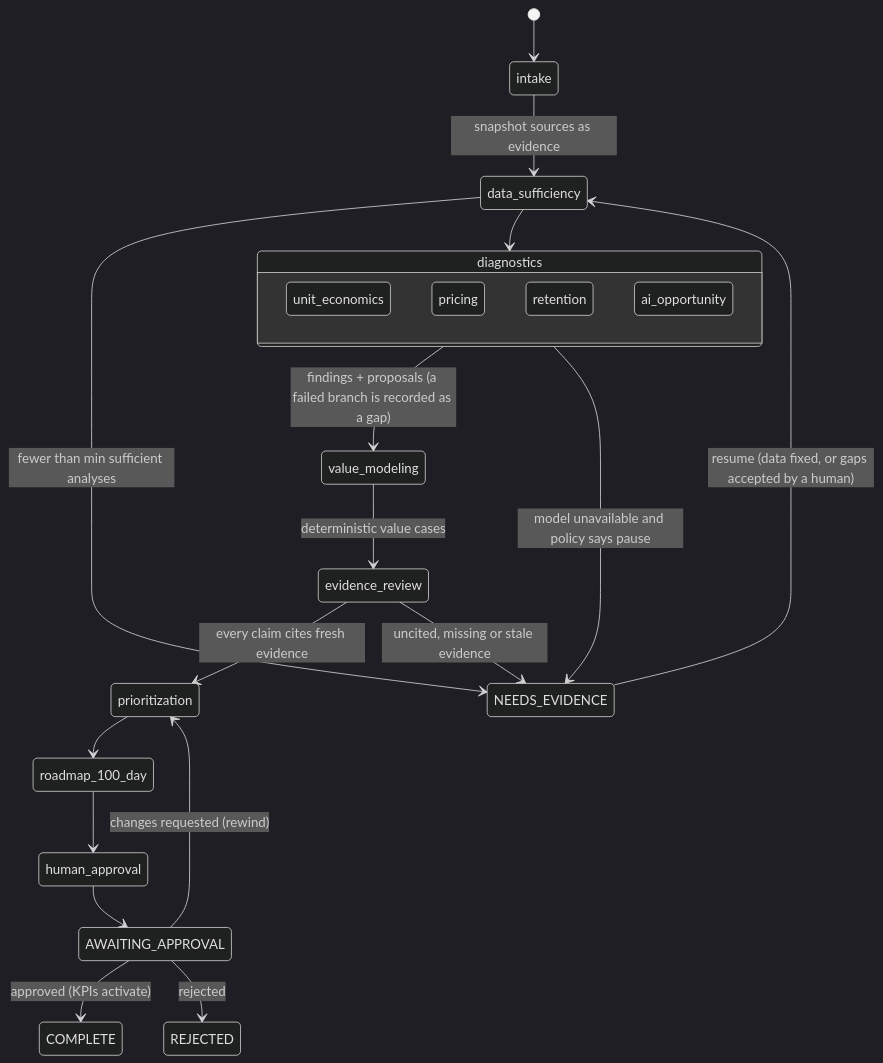
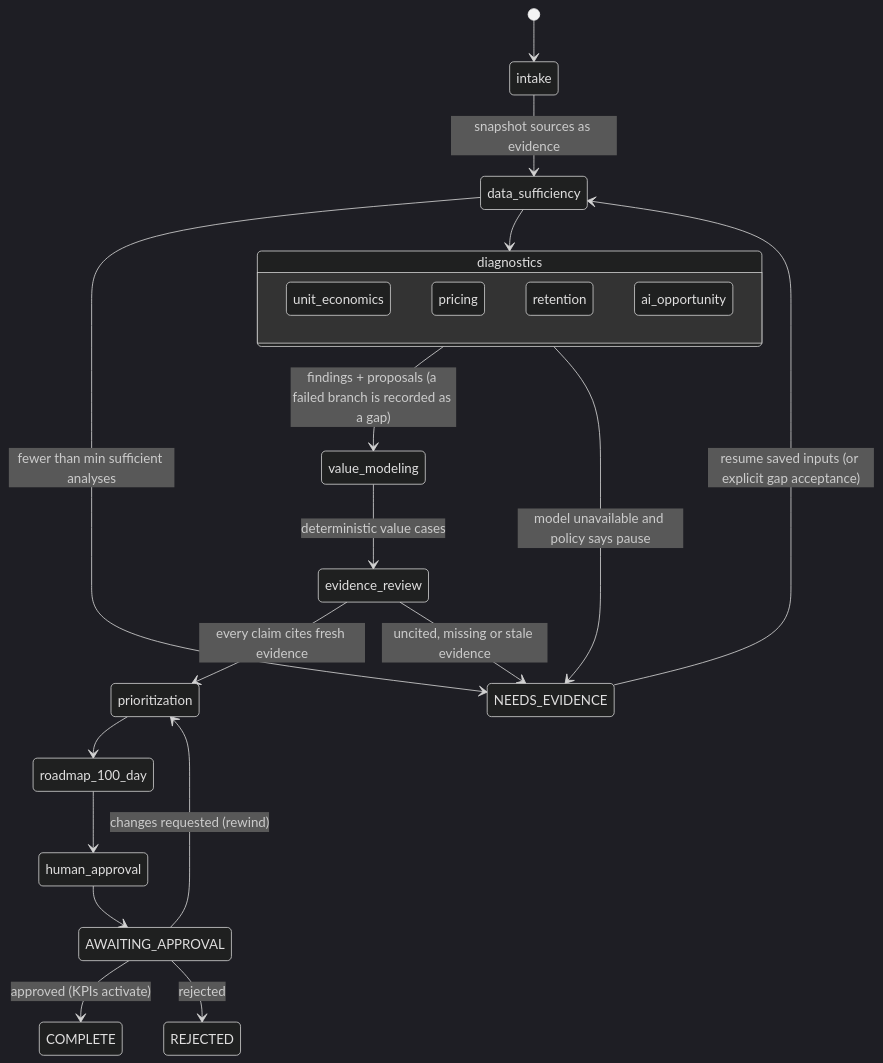
Before and after one commit to ahines99/pe-value-creation-os: the second of 2 diagrams in docs/architecture.md, drawn with Mermaid (dark theme). The commit also changed other lines of this file and 148 other files, not shown here.

````diff
--- a/docs/architecture.md
+++ b/docs/architecture.md
@@ -68,25 +68,25 @@
 ```mermaid
 stateDiagram-v2
     [*] --> intake
     intake --> data_sufficiency: snapshot sources as evidence
     data_sufficiency --> NEEDS_EVIDENCE: fewer than min sufficient analyses
     data_sufficiency --> diagnostics
     state diagnostics {
         unit_economics
         pricing
         retention
         ai_opportunity
     }
     diagnostics --> value_modeling: findings + proposals (a failed branch is recorded as a gap)
     diagnostics --> NEEDS_EVIDENCE: model unavailable and policy says pause
     value_modeling --> evidence_review: deterministic value cases
     evidence_review --> prioritization: every claim cites fresh evidence
     evidence_review --> NEEDS_EVIDENCE: uncited, missing or stale evidence
     prioritization --> roadmap_100_day
     roadmap_100_day --> human_approval
     human_approval --> AWAITING_APPROVAL
     AWAITING_APPROVAL --> COMPLETE: approved (KPIs activate)
     AWAITING_APPROVAL --> REJECTED: rejected
     AWAITING_APPROVAL --> prioritization: changes requested (rewind)
-    NEEDS_EVIDENCE --> data_sufficiency: resume (data fixed, or gaps accepted by a human)
+    NEEDS_EVIDENCE --> data_sufficiency: resume saved inputs (or explicit gap acceptance)
 ```
````
